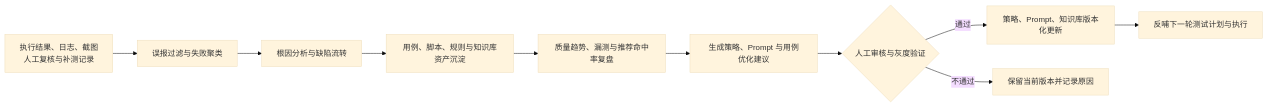
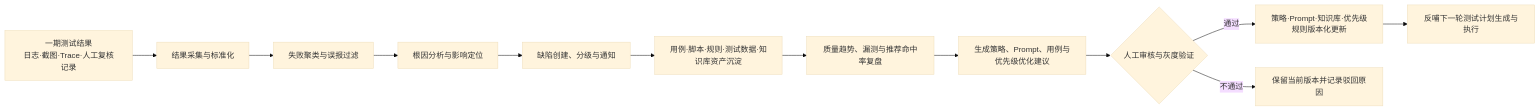
One commit to xiangsong97/xueran changed the sixth of 8 diagrams in AI驱动自动化测试平台自研落地实施方案.md. Above: the diagram before and after it, drawn with Mermaid (base theme). The commit also changed other lines of this file, not shown here.

````diff
--- a/AI驱动自动化测试平台自研落地实施方案.md
+++ b/AI驱动自动化测试平台自研落地实施方案.md
@@ -670,12 +691,14 @@
 ```mermaid
 flowchart LR
-    A["执行结果、日志、截图<br/>人工复核与补测记录"] --> B["误报过滤与失败聚类"]
-    B --> C["根因分析与缺陷流转"]
-    C --> D["用例、脚本、规则与知识库资产沉淀"]
-    D --> E["质量趋势、漏测与推荐命中率复盘"]
-    E --> F["生成策略、Prompt 与用例优化建议"]
-    F --> G{"人工审核与灰度验证"}
-    G -- "通过" --> H["策略、Prompt、知识库版本化更新"]
-    G -- "不通过" --> I["保留当前版本并记录原因"]
-    H --> J["反哺下一轮测试计划与执行"]
+    A["一期测试结果<br/>日志·截图·Trace·人工复核记录"] --> B["结果采集与标准化"]
+    B --> C["失败聚类与误报过滤"]
+    C --> D["根因分析与影响定位"]
+    D --> E["缺陷创建、分级与通知"]
+    E --> F["用例·脚本·规则·测试数据·知识库资产沉淀"]
+    F --> G["质量趋势、漏测与推荐命中率复盘"]
+    G --> H["生成策略、Prompt、用例与优先级优化建议"]
+    H --> I{"人工审核与灰度验证"}
+    I -- "通过" --> J["策略·Prompt·知识库·优先级规则版本化更新"]
+    I -- "不通过" --> K["保留当前版本并记录驳回原因"]
+    J --> L["反哺下一轮测试计划生成与执行"]
 ```
````
